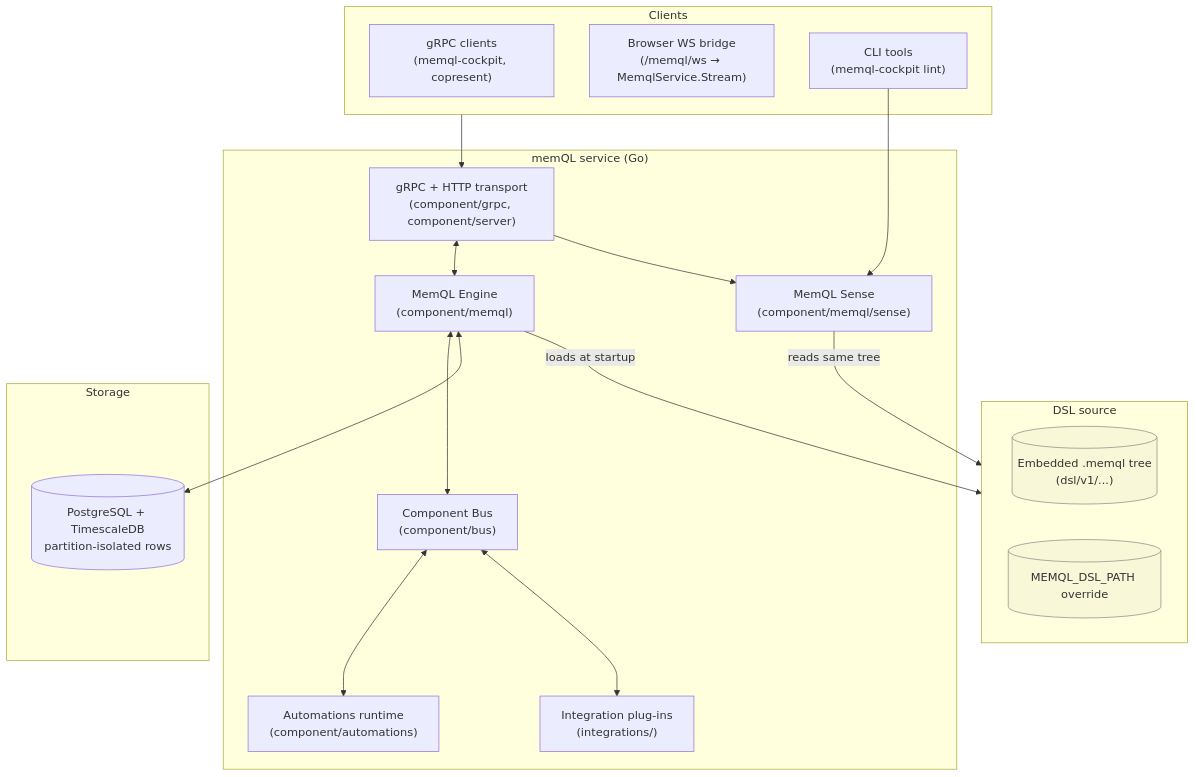
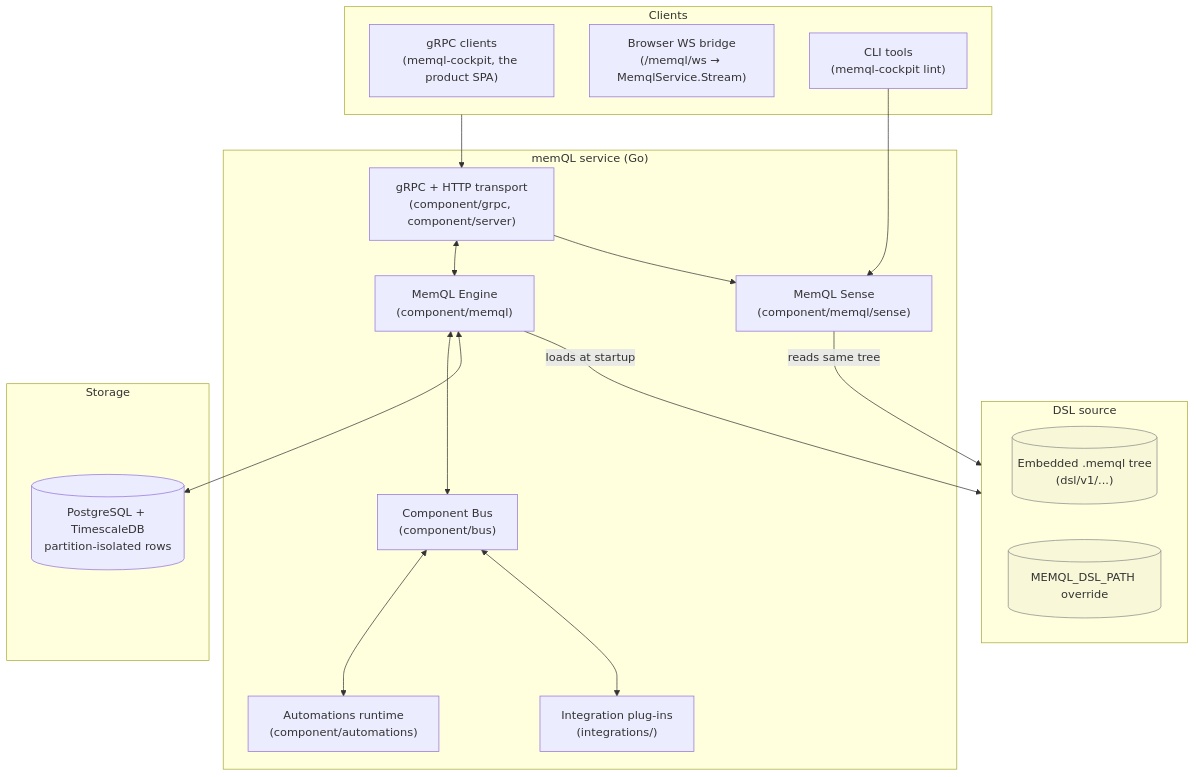
Before and after one commit to znasllc-io/memql: the first of 6 diagrams in docs/internal/planning/dsl-engine-mvp-foundation.md, drawn with Mermaid. The commit also changed 110 other files, not shown here.

````diff
--- a/docs/internal/planning/dsl-engine-mvp-foundation.md
+++ b/docs/internal/planning/dsl-engine-mvp-foundation.md
@@ -51,40 +51,40 @@
 ```mermaid
 flowchart TB
   subgraph clients["Clients"]
-    grpc["gRPC clients<br/>(memql-cockpit, copresent)"]
+    grpc["gRPC clients<br/>(memql-cockpit, the product SPA)"]
     ws["Browser WS bridge<br/>(/memql/ws → MemqlService.Stream)"]
     cli["CLI tools<br/>(memql-cockpit lint)"]
   end
 
   subgraph server["memQL service (Go)"]
     transport["gRPC + HTTP transport<br/>(component/grpc, component/server)"]
     engine["MemQL Engine<br/>(component/memql)"]
     bus["Component Bus<br/>(component/bus)"]
     automations["Automations runtime<br/>(component/automations)"]
     integrations["Integration plug-ins<br/>(integrations/)"]
     sense["MemQL Sense<br/>(component/memql/sense)"]
   end
 
   subgraph dsl_src["DSL source"]
     embed[("Embedded .memql tree<br/>(dsl/v1/...)")]
     override[("MEMQL_DSL_PATH override")]
   end
 
   subgraph db["Storage"]
     pg[("PostgreSQL + TimescaleDB<br/>partition-isolated rows")]
   end
 
   clients --> transport
   transport <--> engine
   engine <--> bus
   bus <--> automations
   bus <--> integrations
   engine -- "loads at startup" --> dsl_src
   engine <--> pg
   cli --> sense
   transport --> sense
   sense -- "reads same tree" --> dsl_src
 
   classDef src fill:#f8f8d8,stroke:#888;
   class embed,override src;
 ```
````
